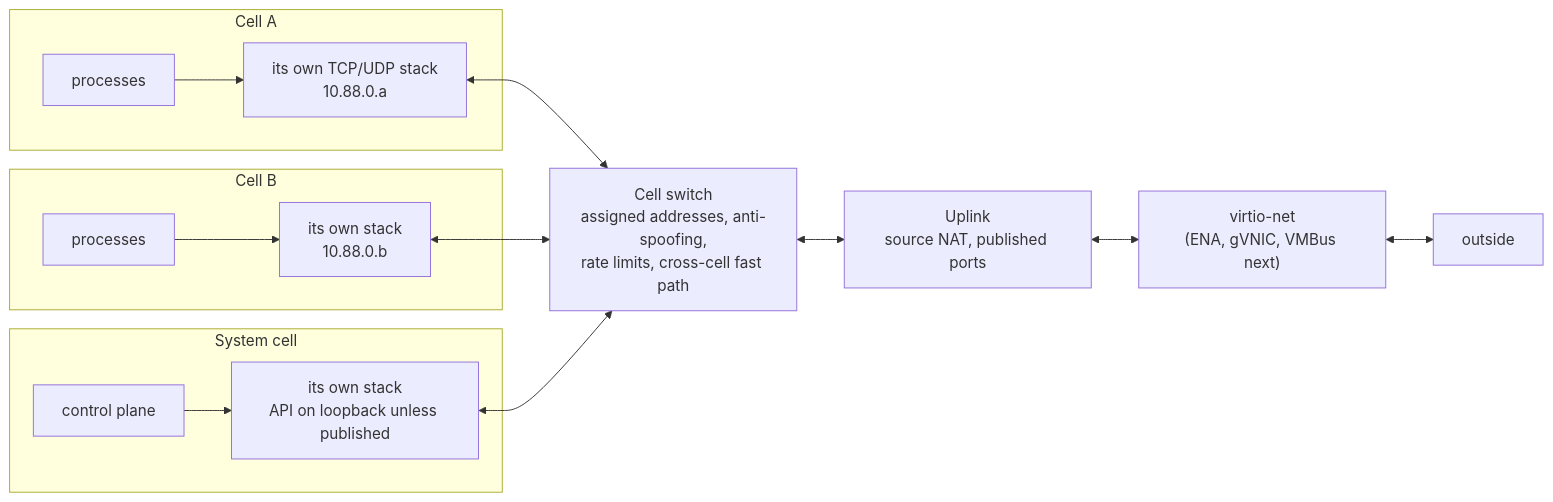
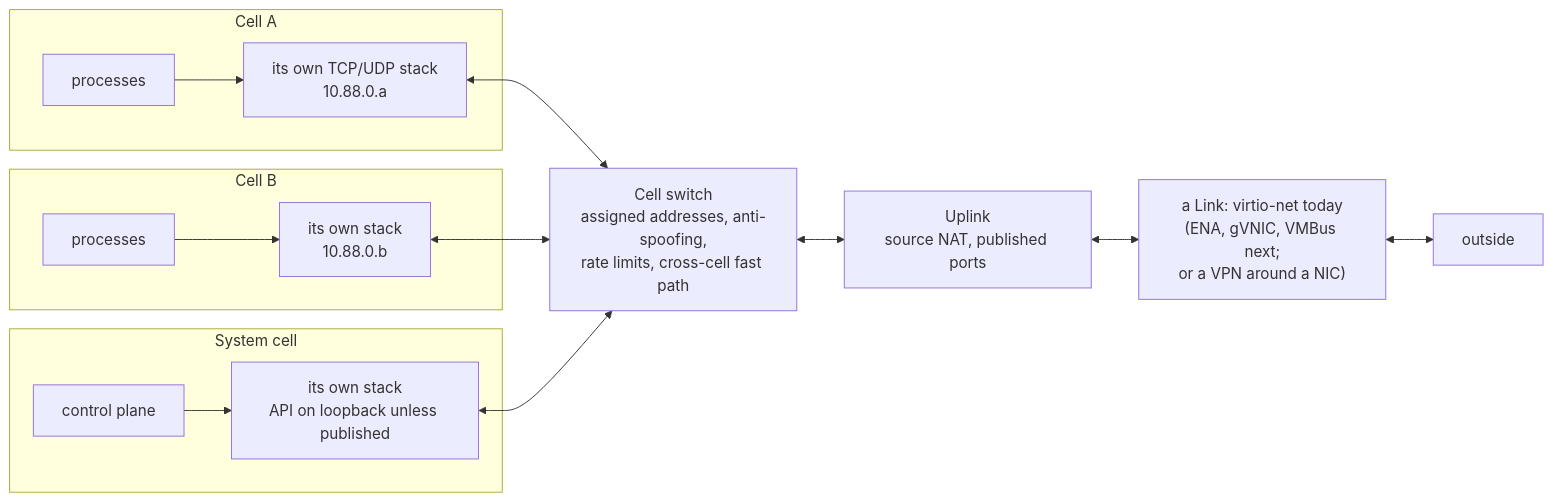
Before and after one commit to WorriedArrow/ichor: the diagram in docs/architecture/network.mmd, drawn with Mermaid. The commit also changed 12 other files, not shown here.

First line of the commit message:
The uplink is any net::link::Link, not virtio-net

```diff
--- a/docs/architecture/network.mmd
+++ b/docs/architecture/network.mmd
@@ -1,20 +1,20 @@
 flowchart LR
   subgraph a["Cell A"]
     pa["processes"] --> sa["its own TCP/UDP stack<br/>10.88.0.a"]
   end
   subgraph b["Cell B"]
     pb["processes"] --> sb["its own stack<br/>10.88.0.b"]
   end
   subgraph s["System cell"]
     cp["control plane"] --> ss["its own stack<br/>API on loopback unless published"]
   end
   sw["Cell switch<br/>assigned addresses, anti-spoofing,<br/>rate limits, cross-cell fast path"]
   up["Uplink<br/>source NAT, published ports"]
-  nic["virtio-net<br/>(ENA, gVNIC, VMBus next)"]
+  nic["a Link: virtio-net today<br/>(ENA, gVNIC, VMBus next;<br/>or a VPN around a NIC)"]
   world["outside"]
   sa <--> sw
   sb <--> sw
   ss <--> sw
   sw <--> up
   up <--> nic
   nic <--> world
```
